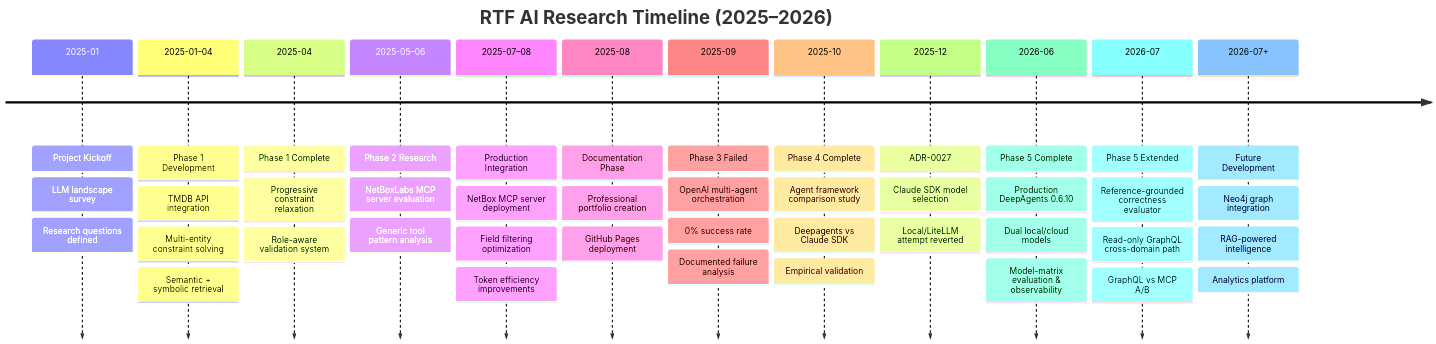
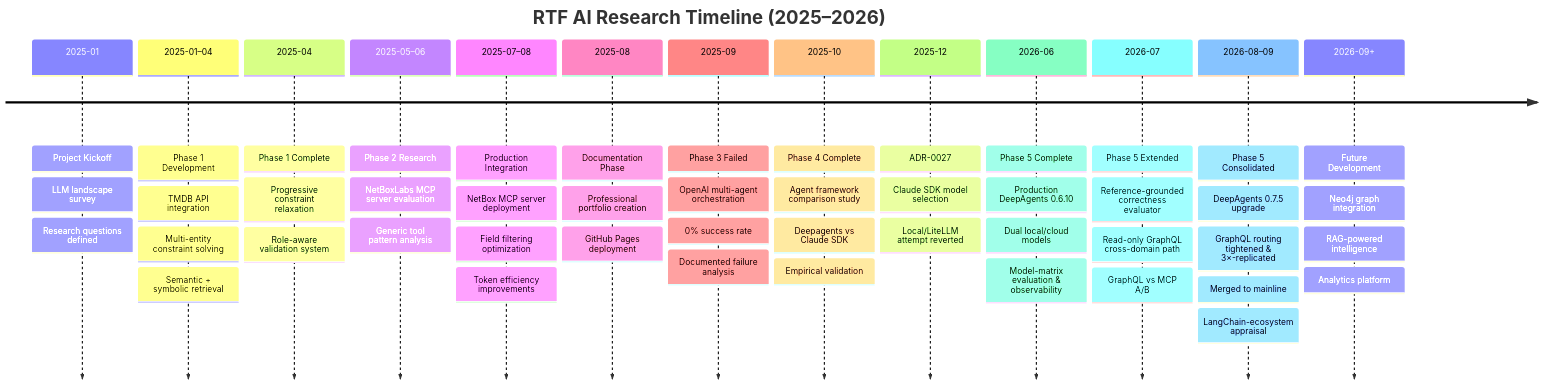
One commit to FinnMacCumail/rtf-research changed the first of 2 diagrams in docs/index.md. Above: the diagram before and after it, drawn with Mermaid. The commit also changed other lines of this file and 10 other files, not shown here.

````diff
--- a/docs/index.md
+++ b/docs/index.md
@@ -34,16 +34,17 @@
 ```mermaid
 timeline
     title RTF AI Research Timeline (2025–2026)
     2025-01 : Project Kickoff : LLM landscape survey : Research questions defined
     2025-01–04 : Phase 1 Development : TMDB API integration : Multi-entity constraint solving : Semantic + symbolic retrieval
     2025-04 : Phase 1 Complete : Progressive constraint relaxation : Role-aware validation system
     2025-05–06 : Phase 2 Research : NetBoxLabs MCP server evaluation : Generic tool pattern analysis
     2025-07–08 : Production Integration : NetBox MCP server deployment : Field filtering optimization : Token efficiency improvements
     2025-08 : Documentation Phase : Professional portfolio creation : GitHub Pages deployment
     2025-09 : Phase 3 Failed : OpenAI multi-agent orchestration : 0% success rate : Documented failure analysis
     2025-10 : Phase 4 Complete : Agent framework comparison study : Deepagents vs Claude SDK : Empirical validation
     2025-12 : ADR-0027 : Claude SDK model selection : Local/LiteLLM attempt reverted
     2026-06 : Phase 5 Complete : Production DeepAgents 0.6.10 : Dual local/cloud models : Model-matrix evaluation & observability
     2026-07 : Phase 5 Extended : Reference-grounded correctness evaluator : Read-only GraphQL cross-domain path : GraphQL vs MCP A/B
-    2026-07+ : Future Development : Neo4j graph integration : RAG-powered intelligence : Analytics platform
+    2026-08–09 : Phase 5 Consolidated : DeepAgents 0.7.5 upgrade : GraphQL routing tightened & 3×-replicated : Merged to mainline : LangChain-ecosystem appraisal
+    2026-09+ : Future Development : Neo4j graph integration : RAG-powered intelligence : Analytics platform
 ```
````
